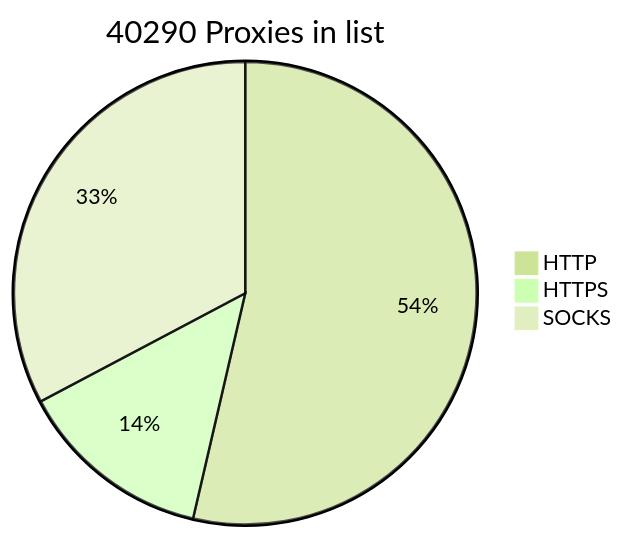
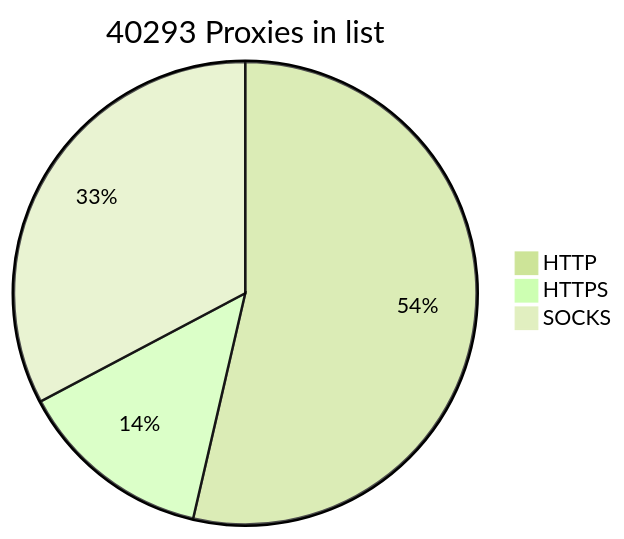
The diagram in README.md (BlackSnowDot/proxylist-update-every-minute), drawn with Mermaid (forest theme) before and after one commit.

````diff
--- a/README.md
+++ b/README.md
@@ -2,6 +2,6 @@
 ```mermaid
-pie title 40290 Proxies in list
-    "HTTP" : 24225
-    "HTTPS": 6159
+pie title 40293 Proxies in list
+    "HTTP" : 24224
+    "HTTPS": 6164
     "SOCKS" : 14792
 ```
````
